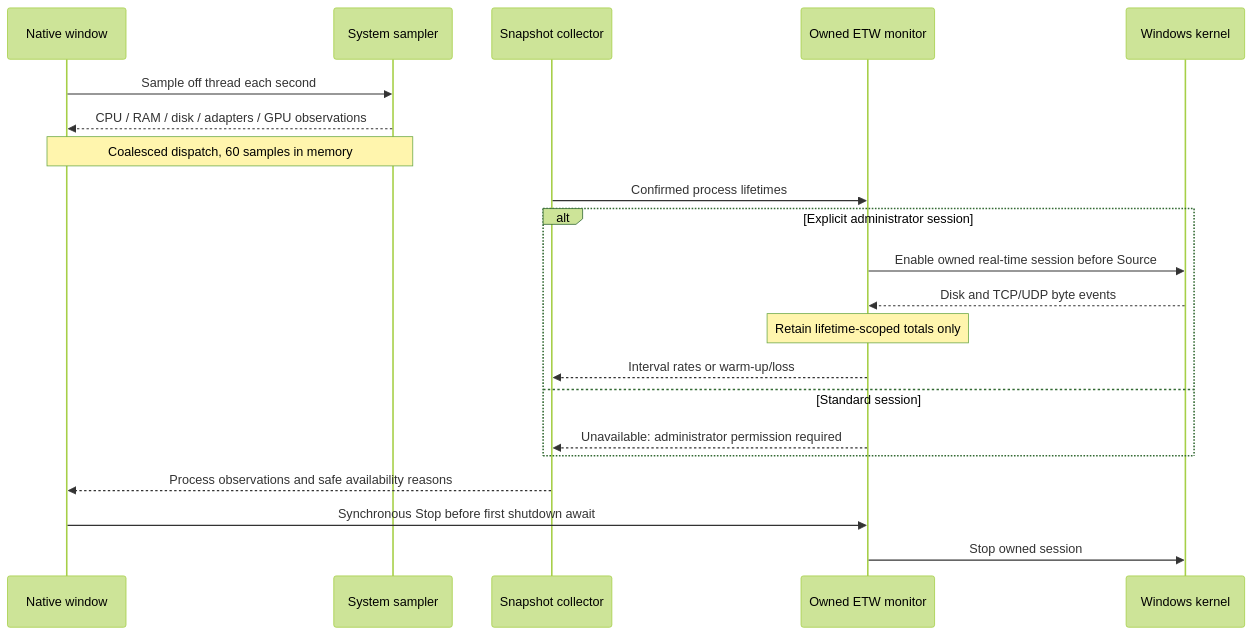
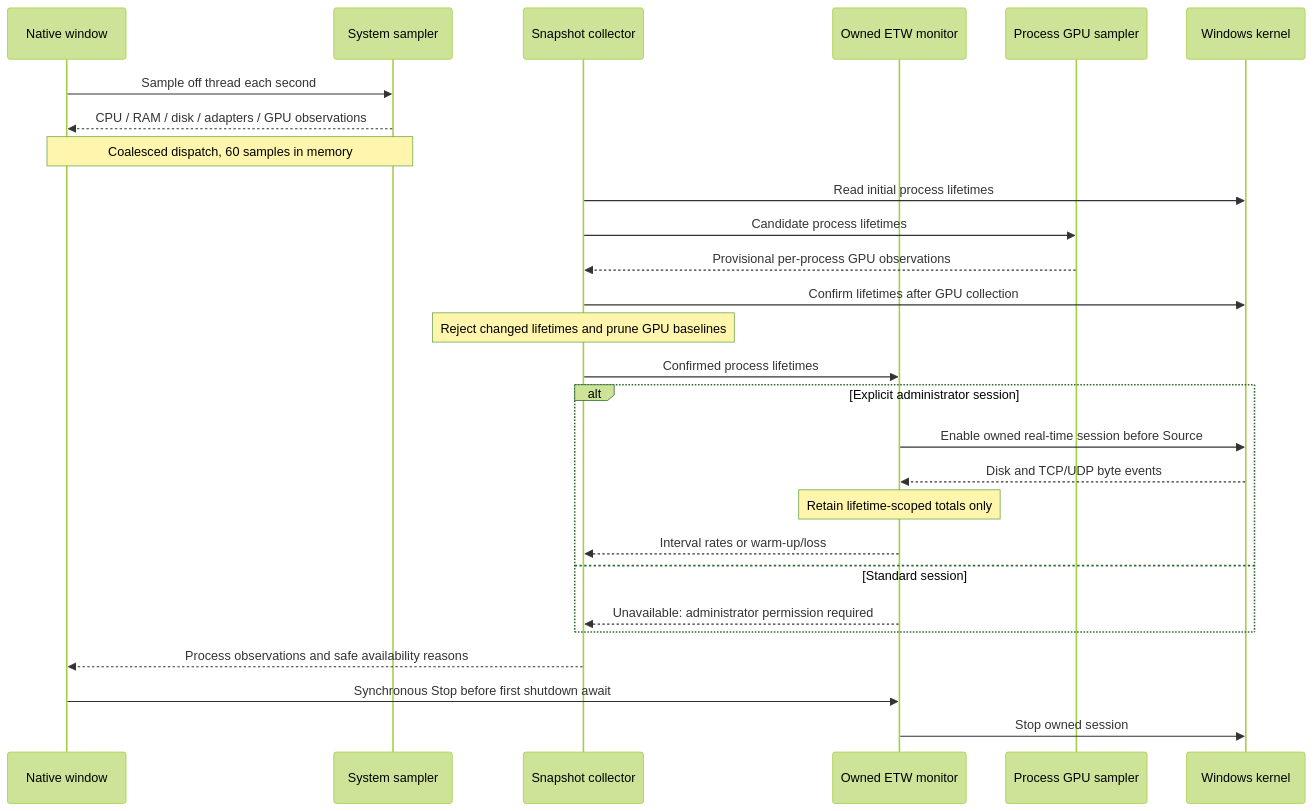
The fifth of 30 diagrams in ARCHITECTURE.md (kiforsbe/procsight), drawn with Mermaid (forest theme) before and after one commit. The commit also changed other lines of this file and 24 other files, not shown here.

Commit message:
feat: add per-process GPU column and clarify I/O monitoring permissions

````diff
--- a/ARCHITECTURE.md
+++ b/ARCHITECTURE.md
@@ -211,23 +221,29 @@
 ```mermaid
 sequenceDiagram
     participant UI as Native window
     participant System as System sampler
     participant Collector as Snapshot collector
     participant IO as Owned ETW monitor
+    participant GPU as Process GPU sampler
     participant Kernel as Windows kernel
     UI->>System: Sample off thread each second
     System-->>UI: CPU / RAM / disk / adapters / GPU observations
     Note over UI,System: Coalesced dispatch, 60 samples in memory
+    Collector->>Kernel: Read initial process lifetimes
+    Collector->>GPU: Candidate process lifetimes
+    GPU-->>Collector: Provisional per-process GPU observations
+    Collector->>Kernel: Confirm lifetimes after GPU collection
+    Note over Collector: Reject changed lifetimes and prune GPU baselines
     Collector->>IO: Confirmed process lifetimes
     alt Explicit administrator session
         IO->>Kernel: Enable owned real-time session before Source
         Kernel-->>IO: Disk and TCP/UDP byte events
         Note over IO: Retain lifetime-scoped totals only
         IO-->>Collector: Interval rates or warm-up/loss
     else Standard session
         IO-->>Collector: Unavailable: administrator permission required
     end
     Collector-->>UI: Process observations and safe availability reasons
     UI->>IO: Synchronous Stop before first shutdown await
     IO->>Kernel: Stop owned session
 ```
````
